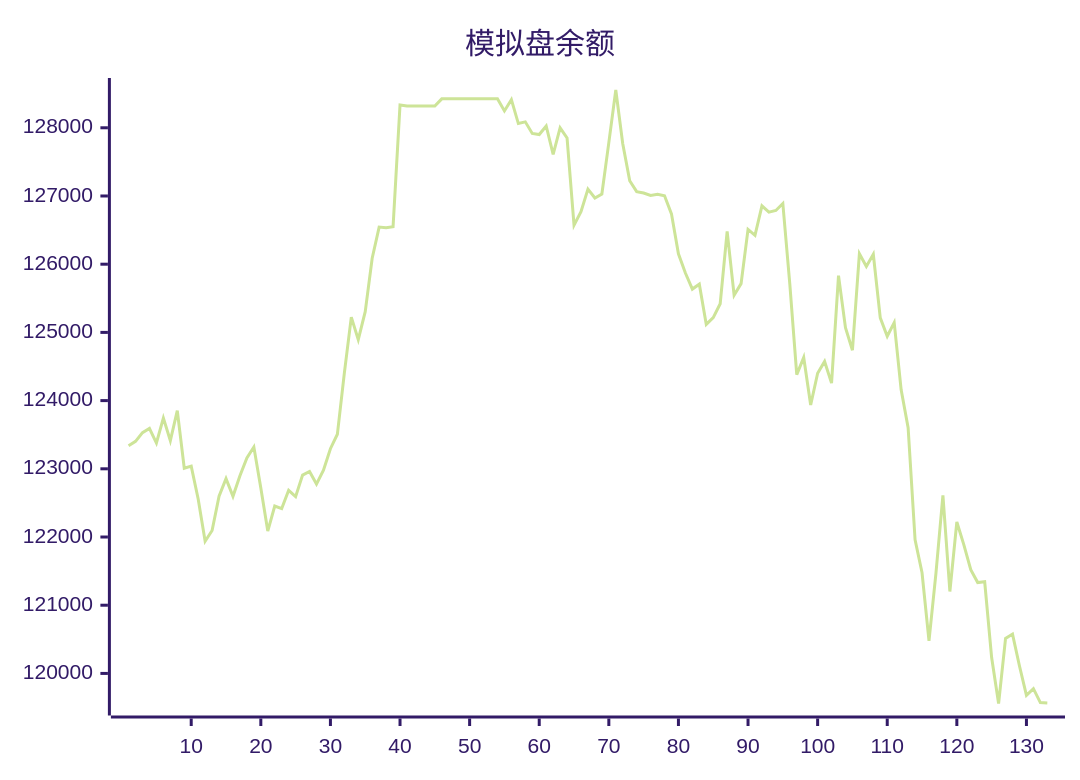
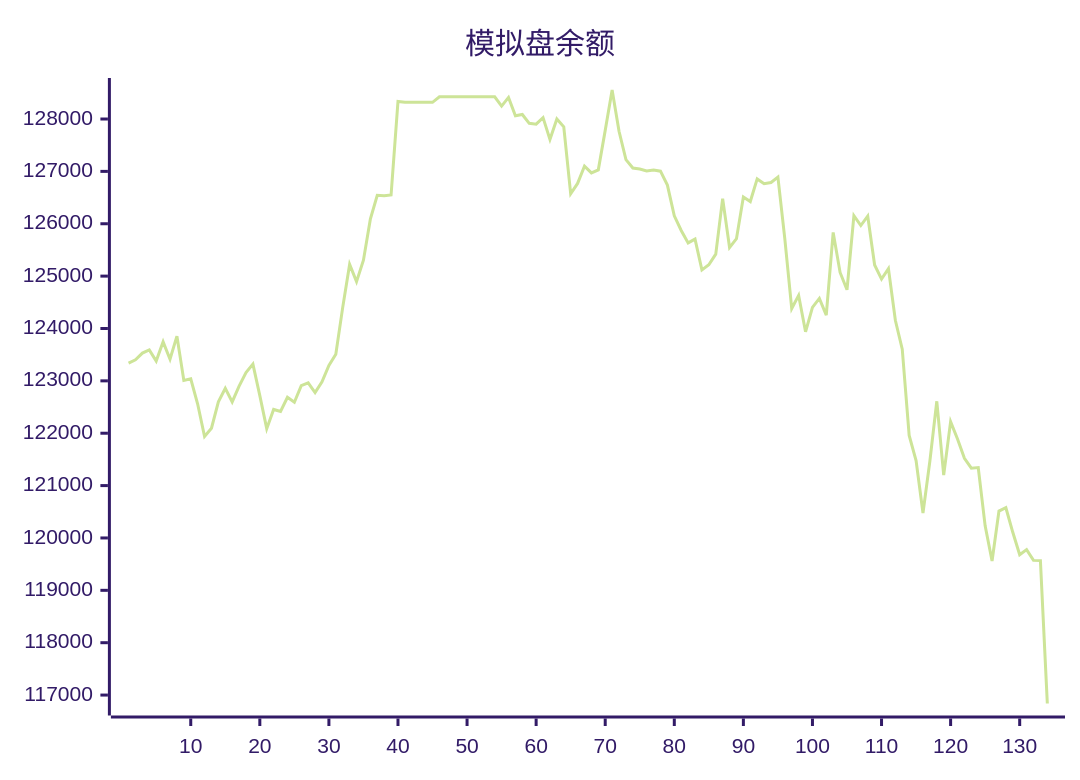
The diagram in README.md (aahl/ai-trading), drawn with Mermaid (forest theme) before and after one commit. The commit also changed other lines of this file and 1 other file, not shown here.

````diff
--- a/README.md
+++ b/README.md
@@ -5,5 +5,5 @@
 ```mermaid
 xychart
     title "模拟盘余额"
-    line [123338,123402,123530,123592,123378,123745,123413,123853,123009,123040,122557,121938,122095,122599,122856,122597,122898,123160,123319,122719,122087,122454,122416,122685,122592,122907,122961,122776,122981,123295,123507,124403,125224,124894,125303,126088,126544,126534,126549,128335,128318,128318,128318,128318,128318,128424,128424,128424,128424,128424,128424,128424,128424,128424,128247,128412,128062,128087,127917,127901,128026,127611,128000,127850,126572,126770,127100,126971,127029,127783,128554,127765,127224,127064,127044,127009,127025,127004,126738,126152,125871,125635,125707,125117,125217,125420,126480,125545,125715,126511,126424,126856,126764,126788,126890,125710,124381,124632,123936,124402,124574,124256,125833,125070,124739,126154,125966,126145,125213,124943,125143,124157,123604,121959,121476,120476,121470,122610,121201,122221,121889,121522,121332,121344,120232,119559,120513,120577,120108,119680,119777,119572,119568]
+    line [123338,123402,123530,123592,123378,123745,123413,123853,123009,123040,122557,121938,122095,122599,122856,122597,122898,123160,123319,122719,122087,122454,122416,122685,122592,122907,122961,122776,122981,123295,123507,124403,125224,124894,125303,126088,126544,126534,126549,128335,128318,128318,128318,128318,128318,128424,128424,128424,128424,128424,128424,128424,128424,128424,128247,128412,128062,128087,127917,127901,128026,127611,128000,127850,126572,126770,127100,126971,127029,127783,128554,127765,127224,127064,127044,127009,127025,127004,126738,126152,125871,125635,125707,125117,125217,125420,126480,125545,125715,126511,126424,126856,126764,126788,126890,125710,124381,124632,123936,124402,124574,124256,125833,125070,124739,126154,125966,126145,125213,124943,125143,124157,123604,121959,121476,120476,121470,122610,121201,122221,121889,121522,121332,121344,120232,119559,120513,120577,120108,119680,119777,119572,119568,116839]
 ```
````
